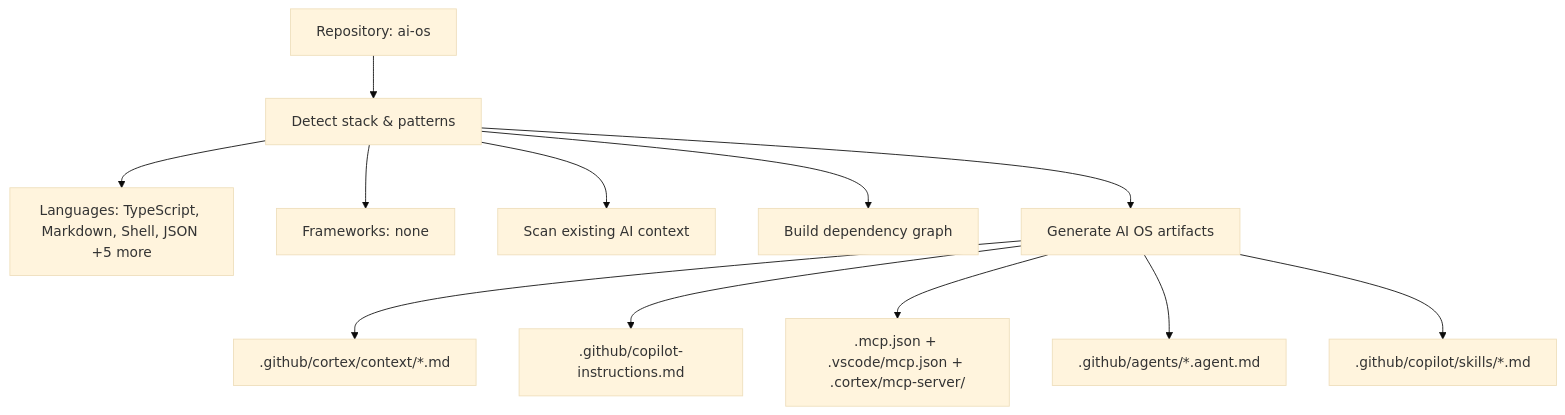
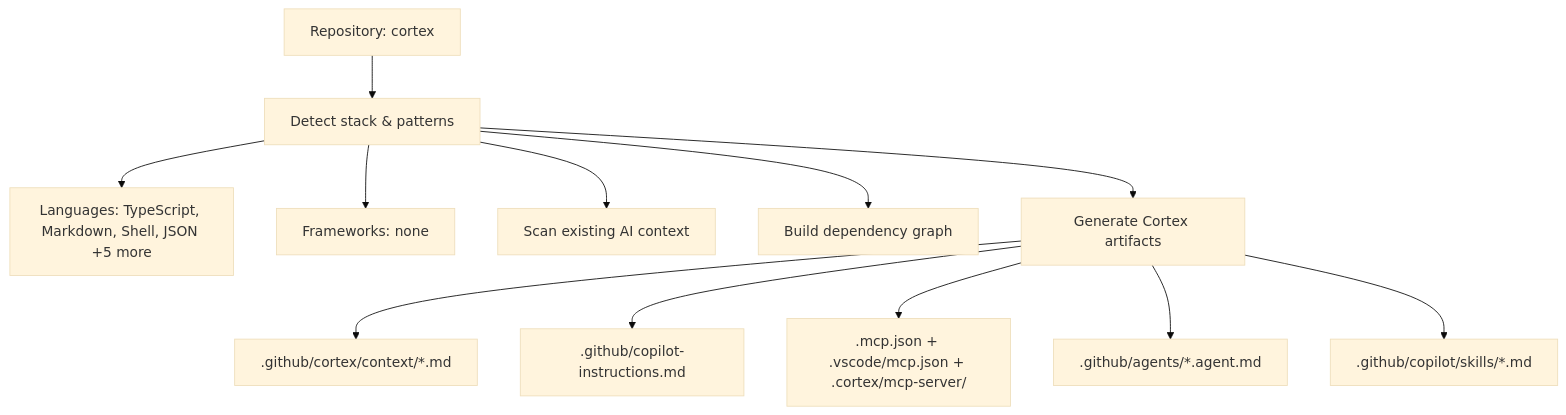
The diagram in .github/cortex/context/architecture.md (marinvch/Cortex), drawn with Mermaid (base theme) before and after one commit. The commit also changed other lines of this file and 79 other files, not shown here.

````diff
--- a/.github/cortex/context/architecture.md
+++ b/.github/cortex/context/architecture.md
@@ -43,14 +43,14 @@
 ```mermaid
 flowchart TD
-  Repo["Repository: ai-os"] --> Detect["Detect stack & patterns"]
+  Repo["Repository: cortex"] --> Detect["Detect stack & patterns"]
   Detect --> Lang["Languages: TypeScript, Markdown, Shell, JSON +5 more"]
   Detect --> Fw["Frameworks: none"]
   Detect --> Ctx["Scan existing AI context"]
   Detect --> Graph["Build dependency graph"]
-  Detect --> Generate["Generate AI OS artifacts"]
+  Detect --> Generate["Generate Cortex artifacts"]
   Generate --> Docs[".github/cortex/context/*.md"]
   Generate --> Instr[".github/copilot-instructions.md"]
   Generate --> MCP[".mcp.json + .vscode/mcp.json + .cortex/mcp-server/"]
   Generate --> Agents[".github/agents/*.agent.md"]
   Generate --> Skills[".github/copilot/skills/*.md"]
 ```
````
